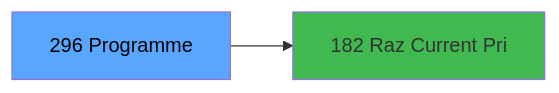
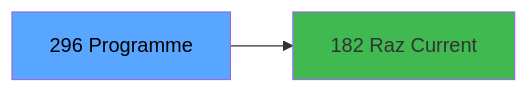
Before and after one commit to thonyAGP/magic-migration: the third of 3 diagrams in .openspec/specs/ADH-IDE-296.md, drawn with Mermaid. The commit also changed other lines of this file and 323 other files, not shown here.

````diff
--- a/.openspec/specs/ADH-IDE-296.md
+++ b/.openspec/specs/ADH-IDE-296.md
@@ -115,8 +127,8 @@
 ```mermaid
 graph LR
     T[296 Programme]
-    C182[182 Raz Current Pri]
+    C182[182 Raz Current ]
     T --> C182
     style T fill:#58a6ff,color:#000
     style C182 fill:#3fb950
 ```
````
